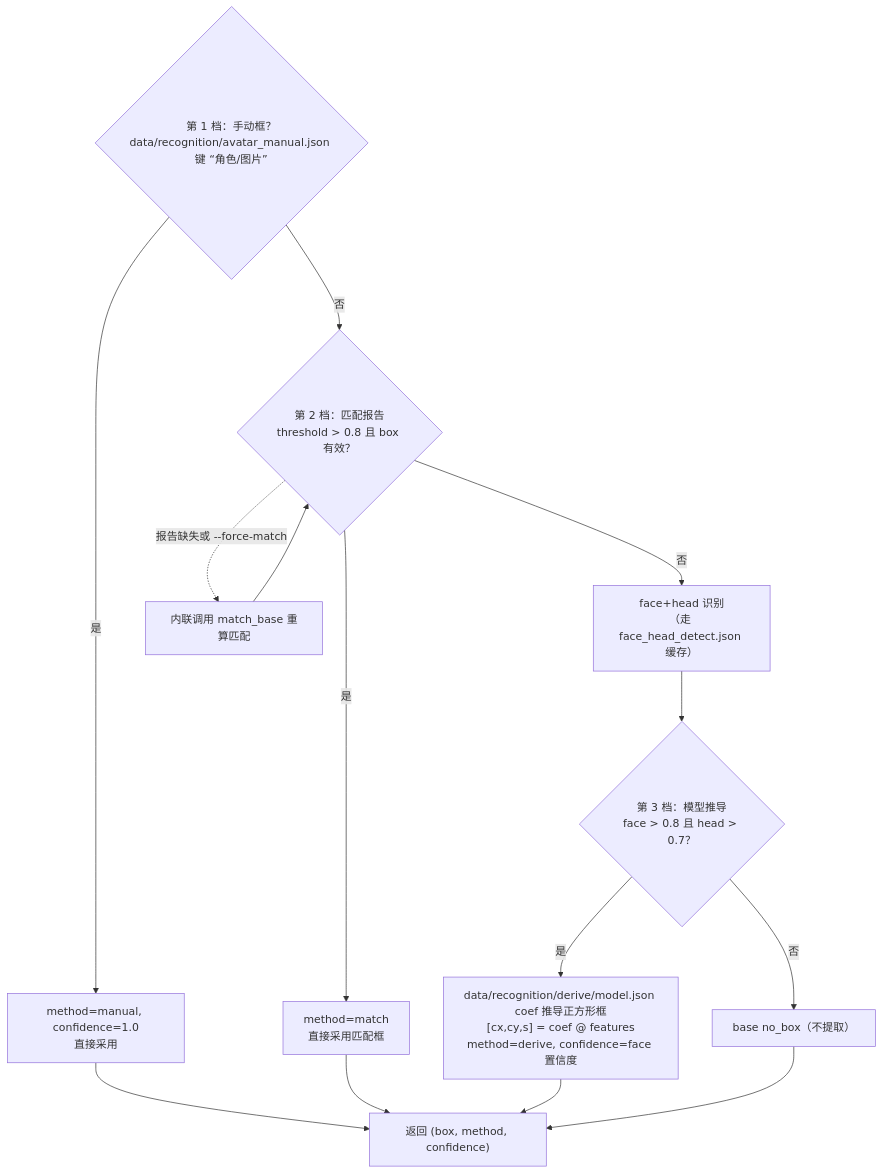
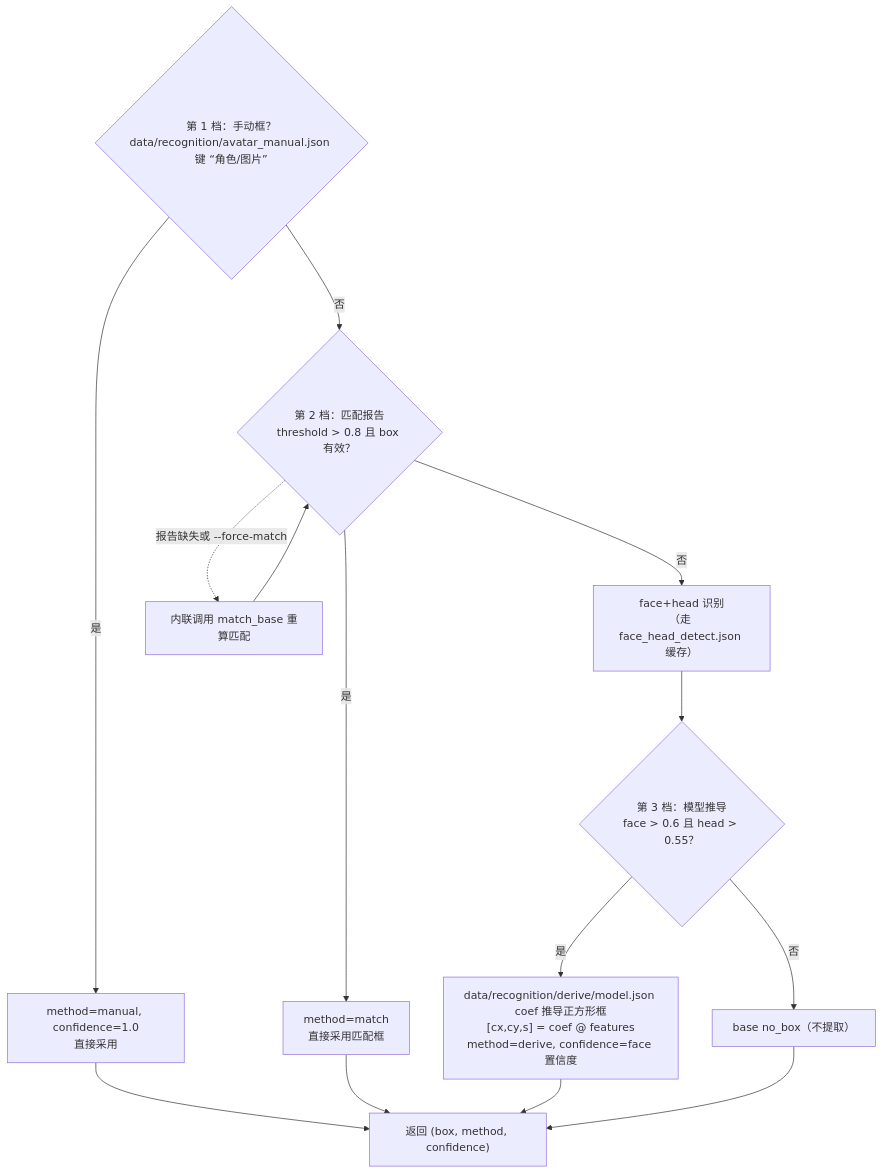
Before and after one commit to Arkfans/ArknightsAvatar: the eighth of 11 diagrams in docs/生产流程图.md, drawn with Mermaid. The commit also changed other lines of this file and 2 other files, not shown here.

````diff
--- a/docs/生产流程图.md
+++ b/docs/生产流程图.md
@@ -232,17 +232,17 @@
 ```mermaid
 flowchart TD
     Tier1{"第 1 档：手动框？<br/>data/recognition/avatar_manual.json 键 “角色/图片”"}
     Tier1 -->|"是"| M["method=manual, confidence=1.0<br/>直接采用"]
     Tier1 -->|"否"| Tier2{"第 2 档：匹配报告<br/>threshold > 0.8 且 box 有效？"}
     Tier2 -->|"是"| T["method=match<br/>直接采用匹配框"]
     Tier2 -->|"否"| Fd["face+head 识别<br/>（走 face_head_detect.json 缓存）"]
     Tier2 -. "报告缺失或 --force-match" .-> Inline["内联调用 match_base 重算匹配"]
     Inline --> Tier2
-    Fd --> Tier3{"第 3 档：模型推导<br/>face > 0.8 且 head > 0.7？"}
+    Fd --> Tier3{"第 3 档：模型推导<br/>face > 0.6 且 head > 0.55？"}
     Tier3 -->|"是"| D["data/recognition/derive/model.json coef 推导正方形框<br/>[cx,cy,s] = coef @ features<br/>method=derive, confidence=face 置信度"]
     Tier3 -->|"否"| NB["base no_box（不提取）"]
     M --> DoneB["返回 (box, method, confidence)"]
     T --> DoneB
     D --> DoneB
     NB --> DoneB
 ```
````
